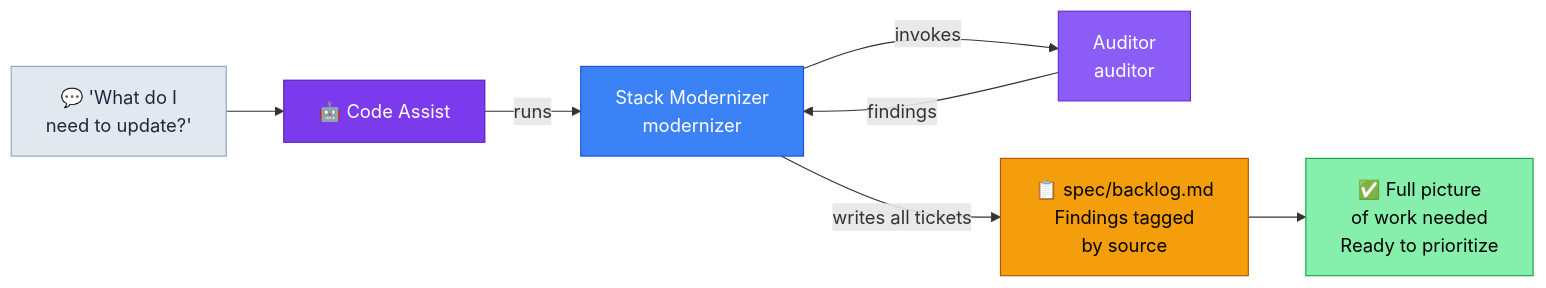
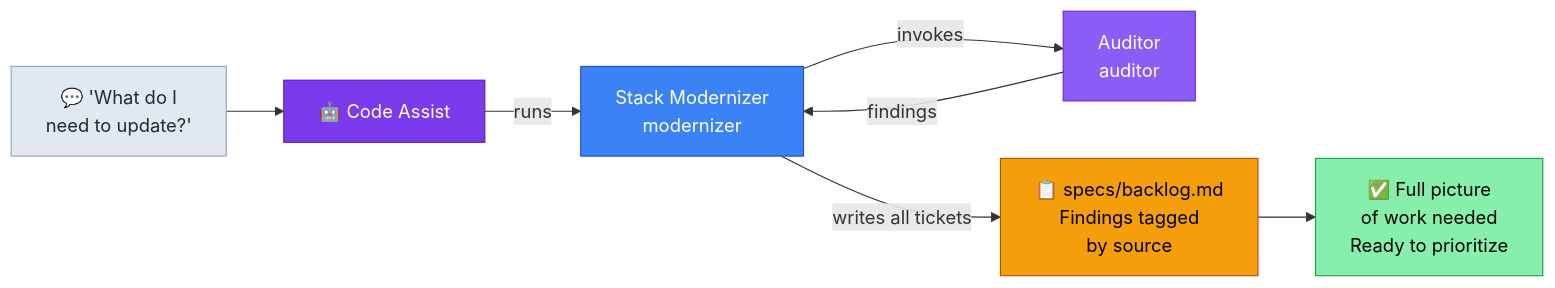
One commit to TheLampshady/repokit changed the fourth of 4 diagrams in .claude/commands/diagram.md. Above: the diagram before and after it, drawn with Mermaid. The commit also changed other lines of this file and 18 other files, not shown here.

````diff
--- a/.claude/commands/diagram.md
+++ b/.claude/commands/diagram.md
@@ -222,27 +222,27 @@
 ```mermaid
 graph LR
     Scenario["💬 'What do I\nneed to update?'"]
     CA["🤖 Code Assist"]
     Modernizer["Stack Modernizer\nmodernizer"]
     Auditor["Auditor\nauditor"]
-    Spec["📋 spec/backlog.md\nFindings tagged\nby source"]
+    Spec["📋 specs/backlog.md\nFindings tagged\nby source"]
     Result["✅ Full picture\nof work needed\nReady to prioritize"]
 
     Scenario --> CA
     CA -->|"runs"| Modernizer
     Modernizer -->|"invokes"| Auditor
     Auditor -->|"findings"| Modernizer
     Modernizer -->|"writes all tickets"| Spec
     Spec --> Result
 
     classDef skill   fill:#3b82f6,stroke:#1d4ed8,color:#fff
     classDef agent   fill:#8b5cf6,stroke:#6d28d9,color:#fff
     classDef storage fill:#f59e0b,stroke:#b45309,color:#000
     classDef ai      fill:#7c3aed,stroke:#5b21b6,color:#fff
     class Modernizer skill
     class Auditor agent
     class Spec storage
     class CA ai
     style Scenario fill:#e2e8f0,stroke:#94a3b8,color:#1e293b
     style Result   fill:#86efac,stroke:#16a34a,color:#000
 ```
````
